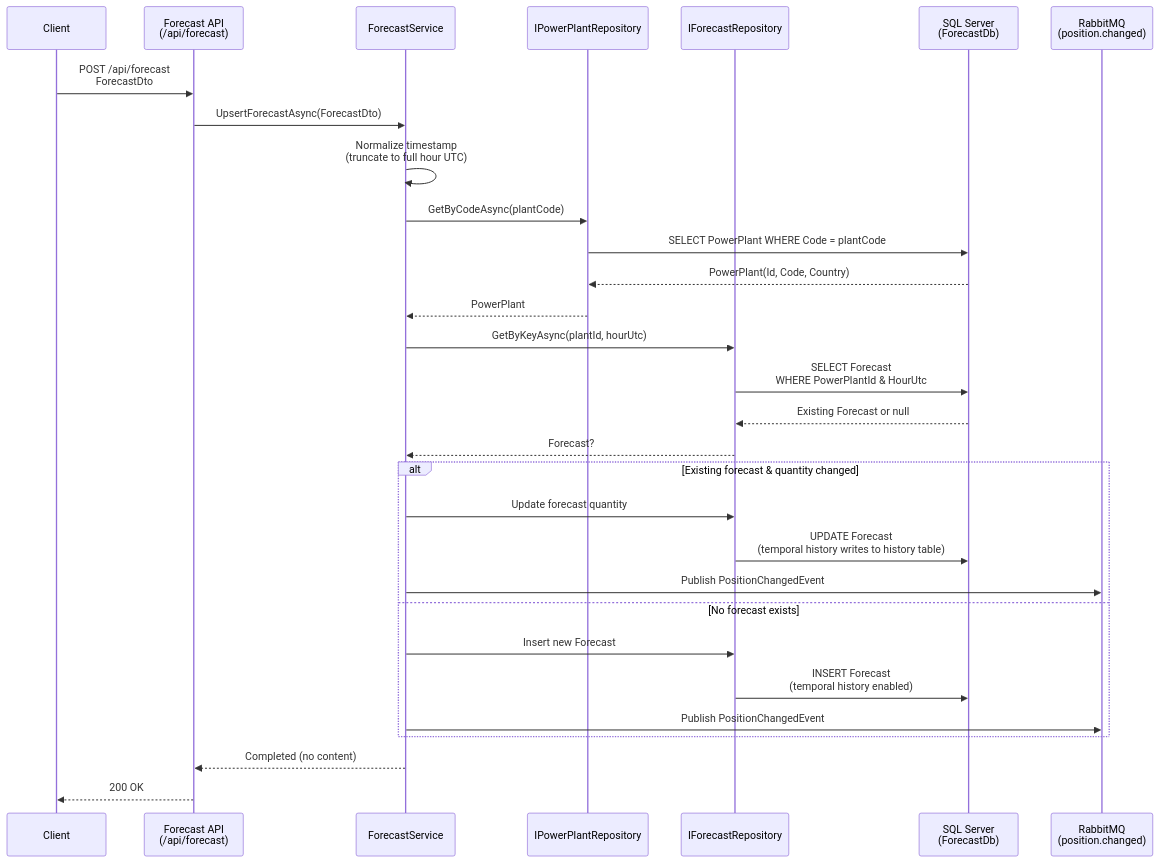
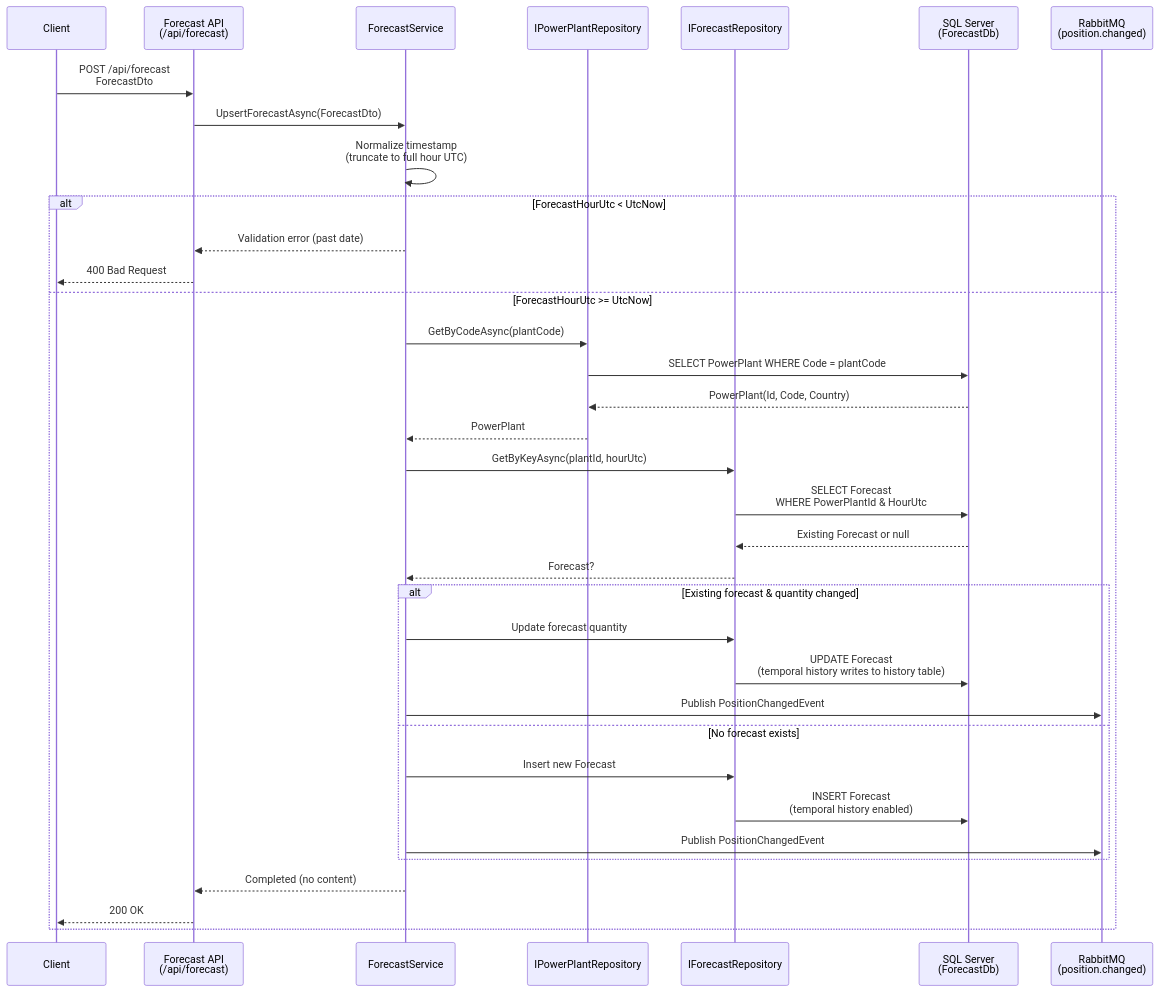
Before and after one commit to canbatuerdem/SmartPulse.ForecastService: the diagram in Upsert Forecast Sequence Diagram.mermaid, drawn with Mermaid.

Commit message:
Refactor sequence diagram for forecast upsert process

```diff
--- a/Upsert Forecast Sequence Diagram.mermaid
+++ b/Upsert Forecast Sequence Diagram.mermaid
@@ -1,36 +1,40 @@
 sequenceDiagram
     participant C as Client
     participant API as Forecast API<br/>(/api/forecast)
     participant S as ForecastService
     participant PP as IPowerPlantRepository
     participant FR as IForecastRepository
     participant DB as SQL Server<br/>(ForecastDb)
     participant MQ as RabbitMQ<br/>(position.changed)
 
     C->>API: POST /api/forecast<br/>ForecastDto
     API->>S: UpsertForecastAsync(ForecastDto)
 
     S->>S: Normalize timestamp<br/>(truncate to full hour UTC)
+    alt ForecastHourUtc < UtcNow
+        S-->>API: Validation error (past date)
+        API-->>C: 400 Bad Request
+    else ForecastHourUtc >= UtcNow
+        S->>PP: GetByCodeAsync(plantCode)
+        PP->>DB: SELECT PowerPlant WHERE Code = plantCode
+        DB-->>PP: PowerPlant(Id, Code, Country)
+        PP-->>S: PowerPlant
 
-    S->>PP: GetByCodeAsync(plantCode)
-    PP->>DB: SELECT PowerPlant WHERE Code = plantCode
-    DB-->>PP: PowerPlant(Id, Code, Country)
-    PP-->>S: PowerPlant
+        S->>FR: GetByKeyAsync(plantId, hourUtc)
+        FR->>DB: SELECT Forecast<br/>WHERE PowerPlantId & HourUtc
+        DB-->>FR: Existing Forecast or null
+        FR-->>S: Forecast?    
 
-    S->>FR: GetByKeyAsync(plantId, hourUtc)
-    FR->>DB: SELECT Forecast<br/>WHERE PowerPlantId & HourUtc
-    DB-->>FR: Existing Forecast or null
-    FR-->>S: Forecast?    
+        alt Existing forecast & quantity changed
+            S->>FR: Update forecast quantity
+            FR->>DB: UPDATE Forecast<br/>(temporal history writes to history table)
+            S->>MQ: Publish PositionChangedEvent
+        else No forecast exists
+            S->>FR: Insert new Forecast
+            FR->>DB: INSERT Forecast<br/>(temporal history enabled)
+            S->>MQ: Publish PositionChangedEvent
+        end
 
-    alt Existing forecast & quantity changed
-        S->>FR: Update forecast quantity
-        FR->>DB: UPDATE Forecast<br/>(temporal history writes to history table)
-        S->>MQ: Publish PositionChangedEvent
-    else No forecast exists
-        S->>FR: Insert new Forecast
-        FR->>DB: INSERT Forecast<br/>(temporal history enabled)
-        S->>MQ: Publish PositionChangedEvent
+        S-->>API: Completed (no content)
+        API-->>C: 200 OK
     end
-
-    S-->>API: Completed (no content)
-    API-->>C: 200 OK
```
